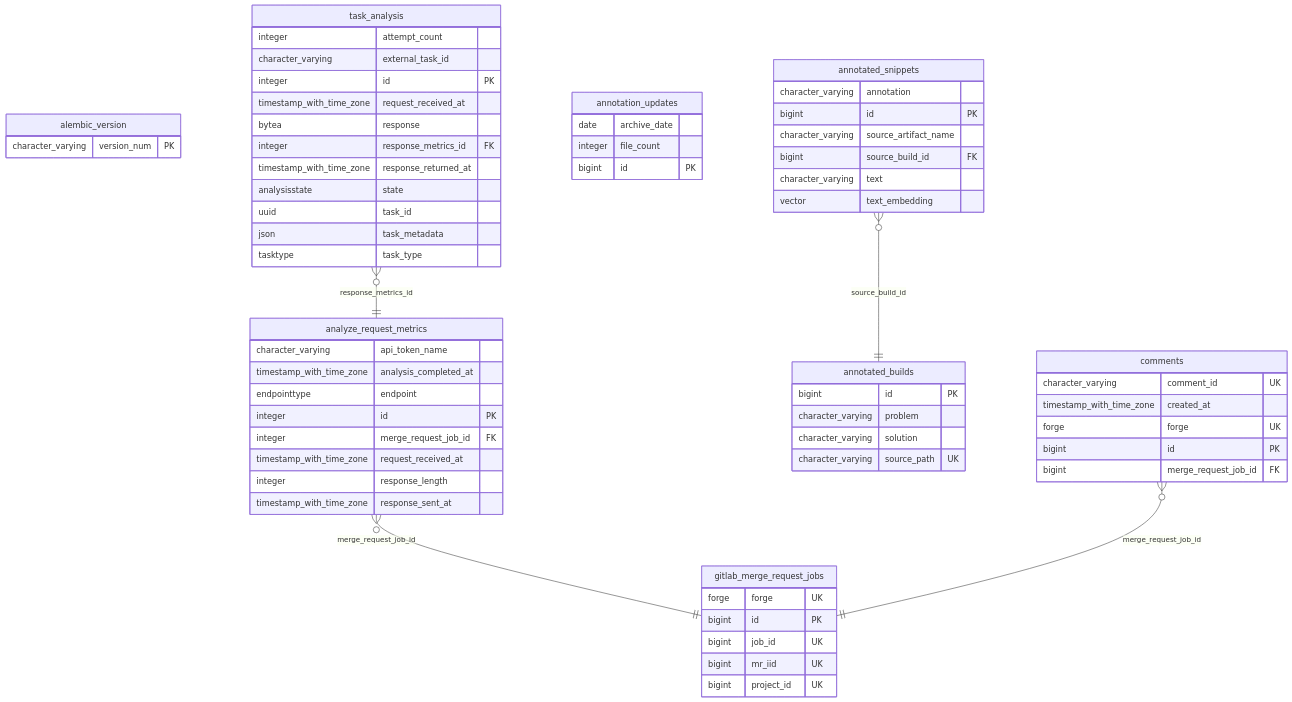
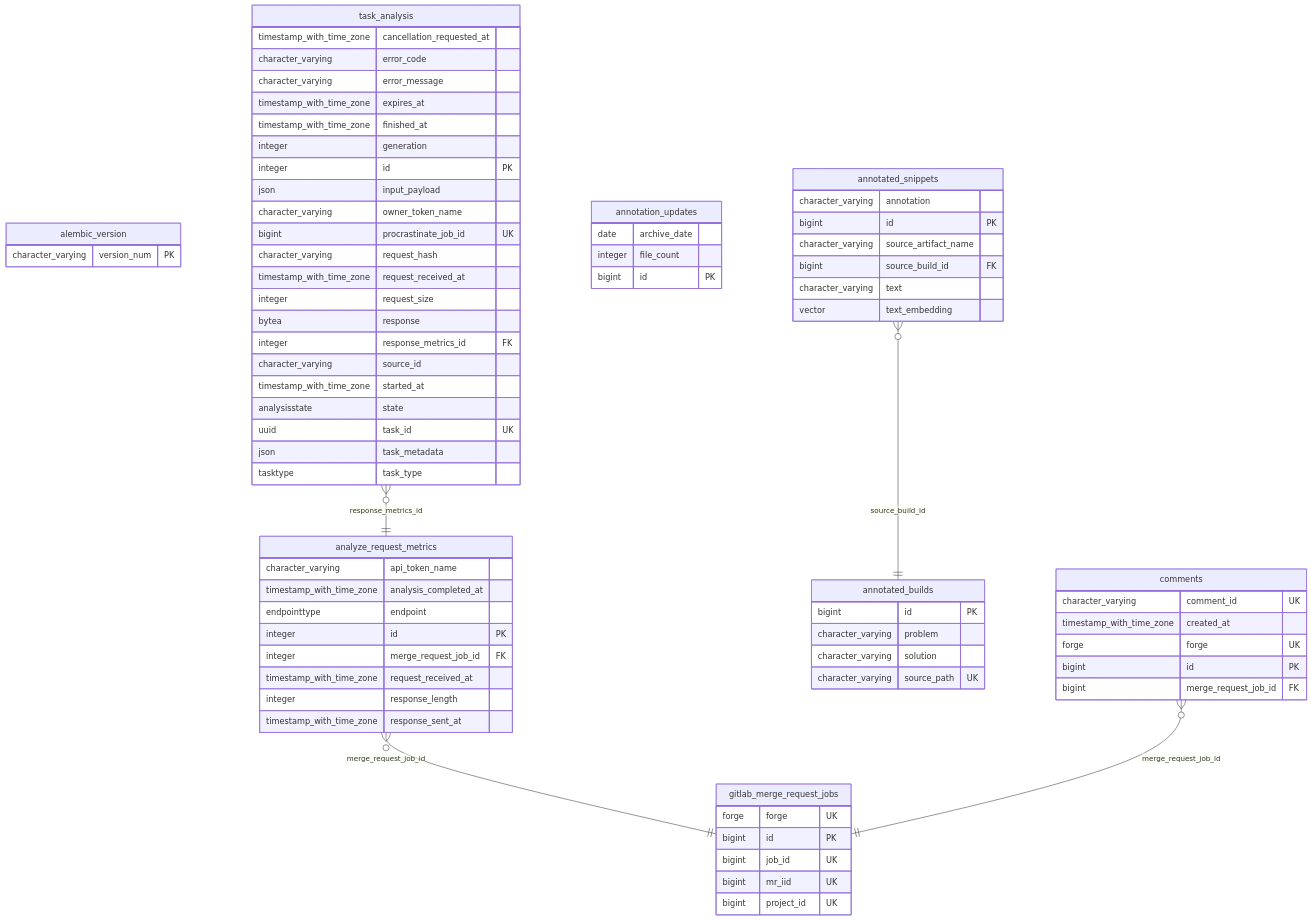
One commit to jpodivin/logdetective changed the diagram in alembic/er_diagram.md. Above: the diagram before and after it, drawn with Mermaid. The commit also changed 58 other files, not shown here.

```diff
--- a/alembic/er_diagram.md
+++ b/alembic/er_diagram.md
@@ -55,15 +55,25 @@
     }
 
     task_analysis {
-        integer attempt_count
-        character_varying external_task_id
+        timestamp_with_time_zone cancellation_requested_at
+        character_varying error_code
+        character_varying error_message
+        timestamp_with_time_zone expires_at
+        timestamp_with_time_zone finished_at
+        integer generation
         integer id PK
+        json input_payload
+        character_varying owner_token_name
+        bigint procrastinate_job_id UK
+        character_varying request_hash
         timestamp_with_time_zone request_received_at
+        integer request_size
         bytea response
         integer response_metrics_id FK
-        timestamp_with_time_zone response_returned_at
+        character_varying source_id
+        timestamp_with_time_zone started_at
         analysisstate state
-        uuid task_id
+        uuid task_id UK
         json task_metadata
         tasktype task_type
     }
```
